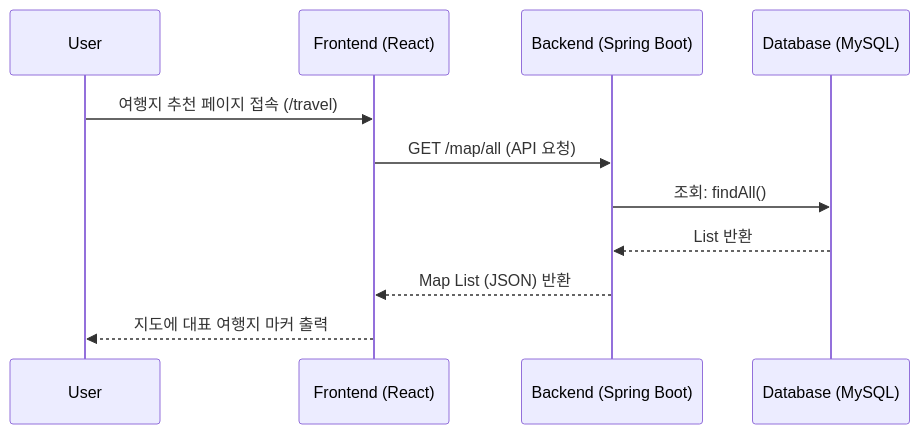
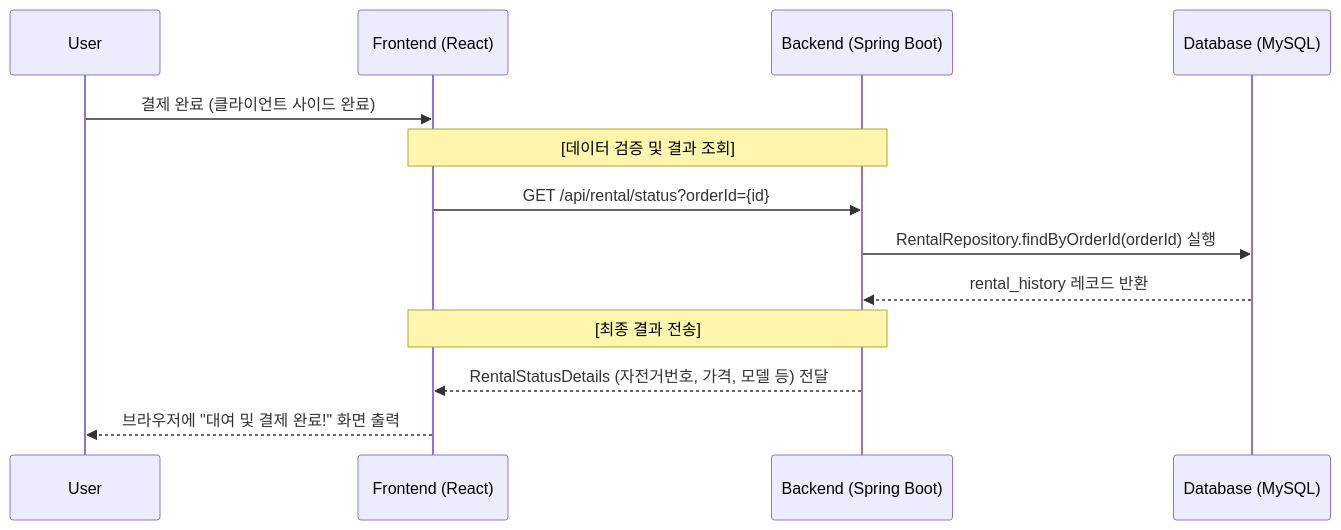
Before and after one commit to KwonYongBin/bicycle-app: the fourth of 4 diagrams in Rental.md, drawn with Mermaid. The commit also changed other lines of this file, not shown here.

Commit message:
md upload

````diff
--- a/Rental.md
+++ b/Rental.md
@@ -51,15 +51,19 @@
 ```mermaid
-sequenceDiagram
-    participant User
-    participant Frontend as Frontend (React)
-    participant Backend as Backend (Spring Boot)
-    participant DB as Database (MySQL)
+    sequenceDiagram
+        participant User
+        participant Frontend as Frontend (React)
+        participant Backend as Backend (Spring Boot)
+        participant DB as Database (MySQL)
 
-    %% 1. 대표 여행지 마커 출력
-    User->>Frontend: 여행지 추천 페이지 접속 (/travel)
-    Frontend->>Backend: GET /map/all (API 요청)
-    Backend->>DB: 조회: findAll()
-    DB-->>Backend: List 반환
-    Backend-->>Frontend: Map List (JSON) 반환    
-    Frontend-->>User: 지도에 대표 여행지 마커 출력
+        User ->> Frontend: 결제 완료 (클라이언트 사이드 완료)
+        
+        Note over Frontend, Backend: [데이터 검증 및 결과 조회]
+        Frontend ->> Backend: GET /api/rental/status?orderId={id}
+        
+        Backend ->> DB: RentalRepository.findByOrderId(orderId) 실행
+        DB -->> Backend: rental_history 레코드 반환
+        
+        Note over Backend, Frontend: [최종 결과 전송]
+        Backend -->> Frontend: RentalStatusDetails (자전거번호, 가격, 모델 등) 전달
+        Frontend -->> User: 브라우저에 "대여 및 결제 완료!" 화면 출력
 ```
````
